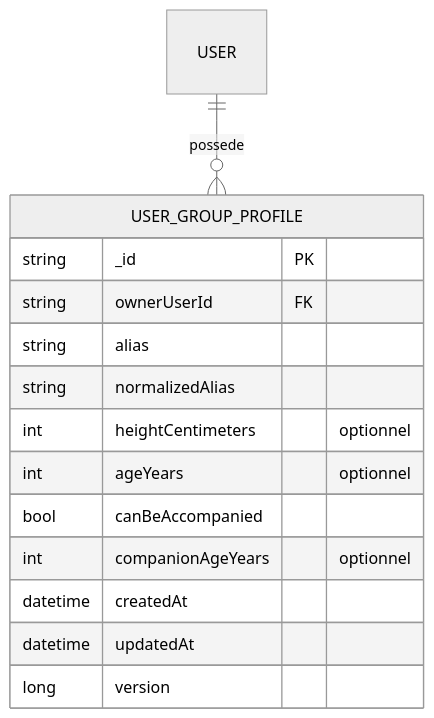
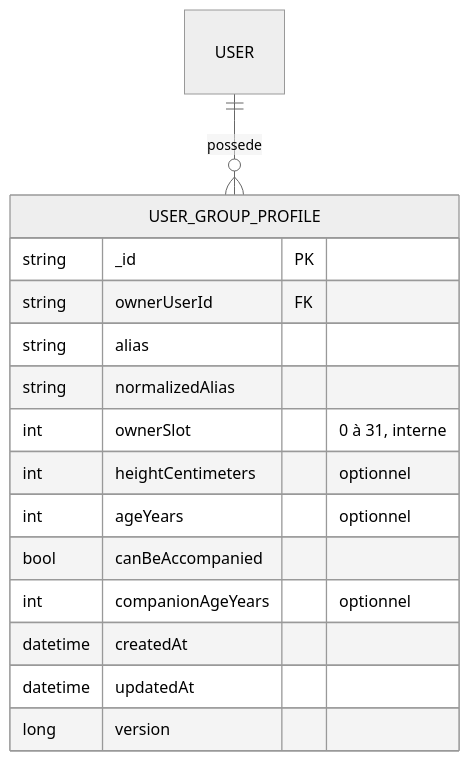
Before and after one commit to Ced59/AmusementParkProject: the fourth of 4 diagrams in docs/architecture/product-growth-fit-11-private-group-profiles-2026-09-14.md, drawn with Mermaid (neutral theme). The commit also changed other lines of this file and 9 other files, not shown here.

````diff
--- a/docs/architecture/product-growth-fit-11-private-group-profiles-2026-09-14.md
+++ b/docs/architecture/product-growth-fit-11-private-group-profiles-2026-09-14.md
@@ -154,17 +154,18 @@
 ```mermaid
 erDiagram
     USER ||--o{ USER_GROUP_PROFILE : possede
     USER_GROUP_PROFILE {
       string _id PK
       string ownerUserId FK
       string alias
       string normalizedAlias
+      int ownerSlot "0 à 31, interne"
       int heightCentimeters "optionnel"
       int ageYears "optionnel"
       bool canBeAccompanied
       int companionAgeYears "optionnel"
       datetime createdAt
       datetime updatedAt
       long version
     }
 ```
````
